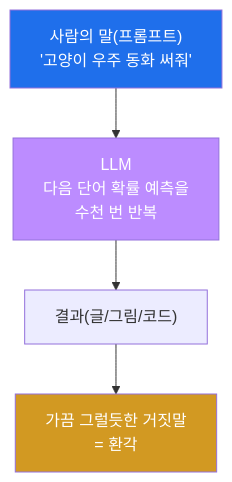
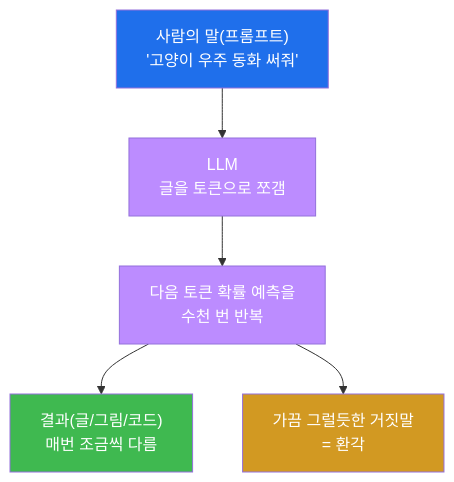
One commit to mrgrit/easy_web_hacking_class changed the first of 3 diagrams in contents/training/lecture_week01.md. Above: the diagram before and after it, drawn with Mermaid. The commit also changed other lines of this file and 23 other files, not shown here.

````diff
--- a/contents/training/lecture_week01.md
+++ b/contents/training/lecture_week01.md
@@ -86,9 +140,12 @@
 ```mermaid
 graph TD
-    A["사람의 말(프롬프트)<br/>'고양이 우주 동화 써줘'"] --> B["LLM<br/>다음 단어 확률 예측을<br/>수천 번 반복"]
-    B --> C["결과(글/그림/코드)"]
-    C --> D["가끔 그럴듯한 거짓말<br/>= 환각"]
+    A["사람의 말(프롬프트)<br/>'고양이 우주 동화 써줘'"] --> B["LLM<br/>글을 토큰으로 쪼갬"]
+    B --> C["다음 토큰 확률 예측을<br/>수천 번 반복"]
+    C --> D["결과(글/그림/코드)<br/>매번 조금씩 다름"]
+    C --> E["가끔 그럴듯한 거짓말<br/>= 환각"]
     style A fill:#1f6feb,color:#fff
     style B fill:#bc8cff,color:#fff
-    style D fill:#d29922,color:#fff
+    style C fill:#bc8cff,color:#fff
+    style D fill:#3fb950,color:#fff
+    style E fill:#d29922,color:#fff
 ```
````
